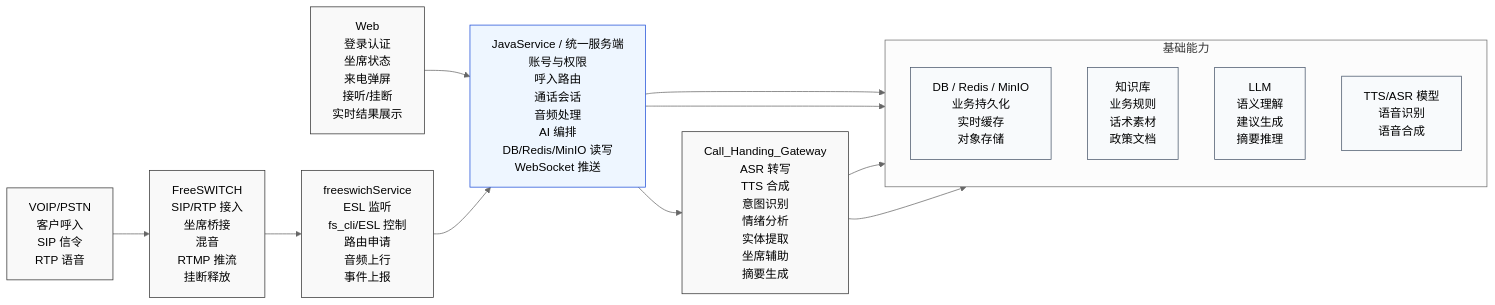
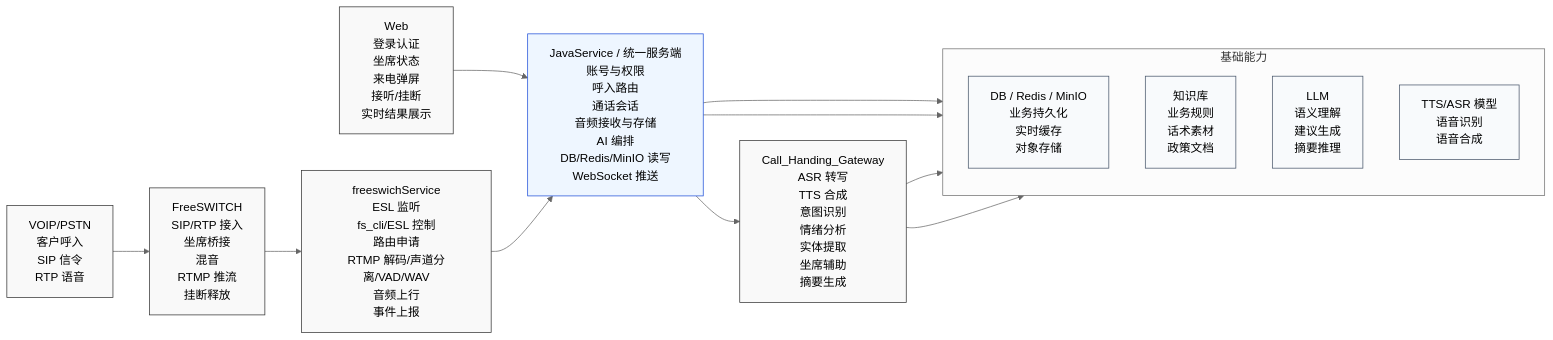
The first of 3 diagrams in docs/design-docs/呼入链路工程化架构设计.md (doujiahao/voice-nexus), drawn with Mermaid (neutral theme) before and after one commit. The commit also changed other lines of this file and 348 other files, not shown here.

````diff
--- a/docs/design-docs/呼入链路工程化架构设计.md
+++ b/docs/design-docs/呼入链路工程化架构设计.md
@@ -21,36 +21,36 @@
 ```mermaid
 graph LR
     classDef box fill:#f9f9f9,stroke:#333,stroke-width:1px,shape:rect;
     classDef core fill:#eef6ff,stroke:#1d4ed8,stroke-width:1px,shape:rect;
     classDef base fill:#f8fafc,stroke:#475569,stroke-width:1px,shape:rect;
 
     A[Web<br/>登录认证<br/>坐席状态<br/>来电弹屏<br/>接听/挂断<br/>实时结果展示]:::box
     B[VOIP/PSTN<br/>客户呼入<br/>SIP 信令<br/>RTP 语音]:::box
 
     C[FreeSWITCH<br/>SIP/RTP 接入<br/>坐席桥接<br/>混音<br/>RTMP 推流<br/>挂断释放]:::box
-    D[freeswichService<br/>ESL 监听<br/>fs_cli/ESL 控制<br/>路由申请<br/>音频上行<br/>事件上报]:::box
+    D[freeswichService<br/>ESL 监听<br/>fs_cli/ESL 控制<br/>路由申请<br/>RTMP 解码/声道分离/VAD/WAV<br/>音频上行<br/>事件上报]:::box
 
-    E[JavaService / 统一服务端<br/>账号与权限<br/>呼入路由<br/>通话会话<br/>音频处理<br/>AI 编排<br/>DB/Redis/MinIO 读写<br/>WebSocket 推送]:::core
+    E[JavaService / 统一服务端<br/>账号与权限<br/>呼入路由<br/>通话会话<br/>音频接收与存储<br/>AI 编排<br/>DB/Redis/MinIO 读写<br/>WebSocket 推送]:::core
 
     F[Call_Handing_Gateway<br/>ASR 转写<br/>TTS 合成<br/>意图识别<br/>情绪分析<br/>实体提取<br/>坐席辅助<br/>摘要生成]:::box
 
     subgraph G [基础能力]
         direction TB
         G1[DB / Redis / MinIO<br/>业务持久化<br/>实时缓存<br/>对象存储]:::base
         G2[知识库<br/>业务规则<br/>话术素材<br/>政策文档]:::base
         G3[LLM<br/>语义理解<br/>建议生成<br/>摘要推理]:::base
         G4[TTS/ASR 模型<br/>语音识别<br/>语音合成]:::base
     end
 
     A --> E
     B --> C
     C --> D
     D --> E
 
     E --> G1
     E --> G2
     E --> F
 
     F --> G3
     F --> G4
 ```
````
